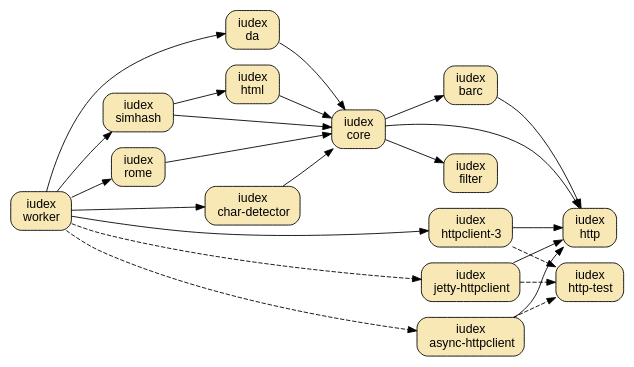
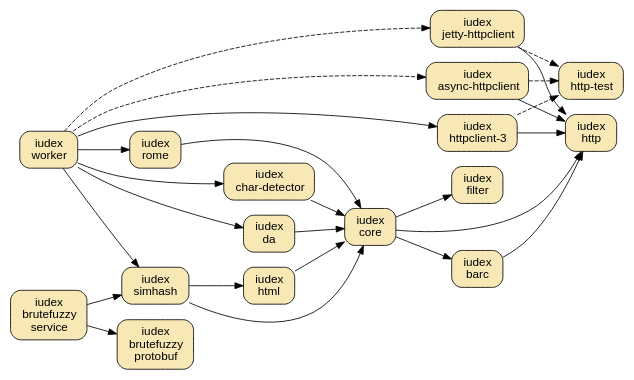
One commit to dekellum/iudex changed the diagram in www/_dot/iudex.dot. Above: the diagram before and after it, drawn with Graphviz.

Commit message:
www: Add brutefuzzy gems to diagram

```diff
--- a/www/_dot/iudex.dot
+++ b/www/_dot/iudex.dot
@@ -1,67 +1,72 @@
 digraph "iudex-gems" {
   rankdir=LR;
   size="6.5,4.5";
   bgcolor="transparent";
   node [ shape=box, style="filled,rounded", fillcolor="#f7e8b5",
          fontname="Arial",  margin="0.2,0.1" ];
 
   barc        [ label=<iudex<br/>barc>, target=_parent, URL="../barc.html" ];
   char_detect [ label=<iudex<br/>char-detector> ];
   core        [ label=<iudex<br/>core> ];
   da          [ label=<iudex<br/>da>, target=_parent, URL="../da/index.html" ]
   filter      [ label=<iudex<br/>filter> ];
   html        [ label=<iudex<br/>html> ];
   rome        [ label=<iudex<br/>rome> ];
   simhash     [ label=<iudex<br/>simhash> ];
   worker      [ label=<iudex<br/>worker> ];
+  bf_protobuf [ label=<iudex<br/>brutefuzzy<br/>protobuf> ];
+  bf_service  [ label=<iudex<br/>brutefuzzy<br/>service> ];
 
   http             [ label=<iudex<br/>http> ];
   httpclient_3     [ label=<iudex<br/>httpclient-3<br/>> ];
   jetty_httpclient [ label=<iudex<br/>jetty-httpclient<br/>> ];
   async_httpclient [ label=<iudex<br/>async-httpclient<br/>> ];
   http_test        [ label=<iudex<br/>http-test> ];
 
   httpclient_3     -> http [ weight=2 ];
   httpclient_3     -> http_test [ style=dashed ];
   jetty_httpclient -> http;
   jetty_httpclient -> http_test [ style=dashed ];
 
   async_httpclient -> http;
   async_httpclient -> http_test [ style=dashed ];
 
   barc        -> http
   char_detect -> core
   core        -> barc
   core        -> filter
   core        -> http [ weight=2 ];
   da          -> core
   html        -> core
   rome        -> core
   simhash     -> core
   simhash     -> html
 #  worker      -> barc
   worker      -> char_detect
   worker      -> da
 #  worker      -> html
   worker      -> httpclient_3
   worker      -> jetty_httpclient [ style=dashed ];
   worker      -> async_httpclient [ style=dashed ];
   worker      -> rome
   worker      -> simhash
 #  worker      -> core
 
+  bf_service  -> simhash
+  bf_service  -> bf_protobuf
+
 #  char_detect -> filter
 #  core        -> simhash
 #  da          -> filter
 #  html        -> filter
 #  simhash     -> filter
 #  worker      -> core
 
 #  sitemap [ style="rounded,dashed" ];
 #  sitemap [ target=_parent, URL="../sitemap.html" ];
 #  sitemap -> core
 
 #  publisher [ style="rounded,dashed" ];
 #  publisher -> da
 #  publisher -> barc
 }
```
